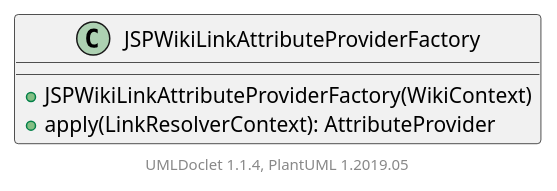
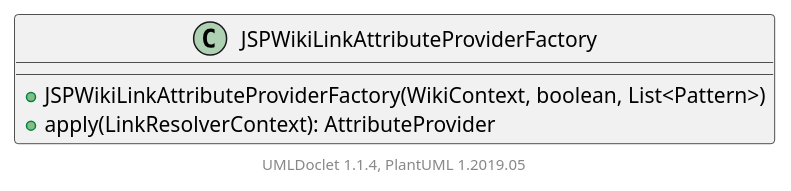
Before and after one commit to apache/jspwiki-site: the diagram in apidocs/2.11.0.M7-SNAPSHOT/org/apache/wiki/markdown/extensions/jspwikilinks/attributeprovider/JSPWikiLinkAttributeProviderFactory.puml, drawn with PlantUML. The commit also changed 1379 other files, not shown here.

```diff
--- a/apidocs/2.11.0.M7-SNAPSHOT/org/apache/wiki/markdown/extensions/jspwikilinks/attributeprovider/JSPWikiLinkAttributeProviderFactory.puml
+++ b/apidocs/2.11.0.M7-SNAPSHOT/org/apache/wiki/markdown/extensions/jspwikilinks/attributeprovider/JSPWikiLinkAttributeProviderFactory.puml
@@ -1,10 +1,10 @@
 @startuml
 
     class JSPWikiLinkAttributeProviderFactory [[JSPWikiLinkAttributeProviderFactory.html]] {
-        +JSPWikiLinkAttributeProviderFactory(WikiContext)
+        +JSPWikiLinkAttributeProviderFactory(WikiContext, boolean, List<Pattern>)
         +apply(LinkResolverContext): AttributeProvider
     }
 
 
     center footer UMLDoclet 1.1.4, PlantUML 1.2019.05
 @enduml
```
